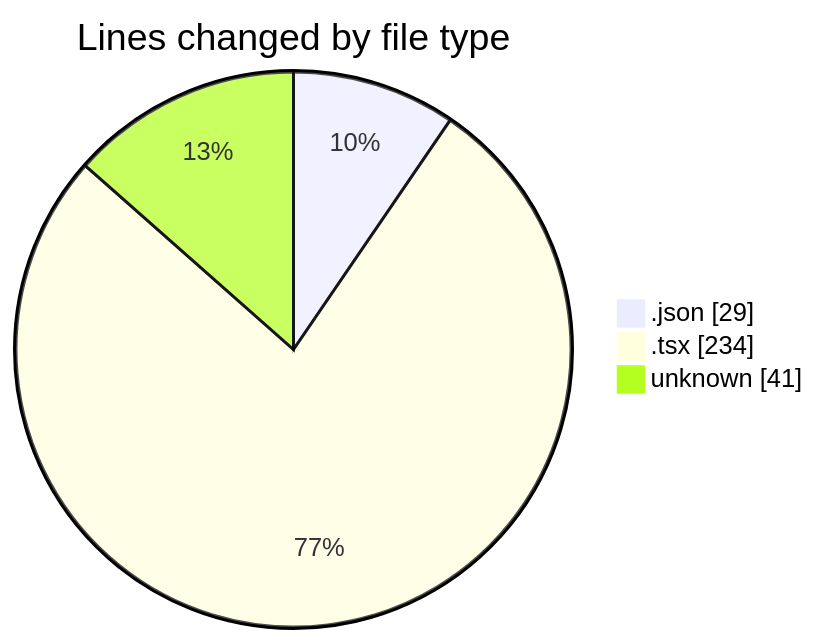
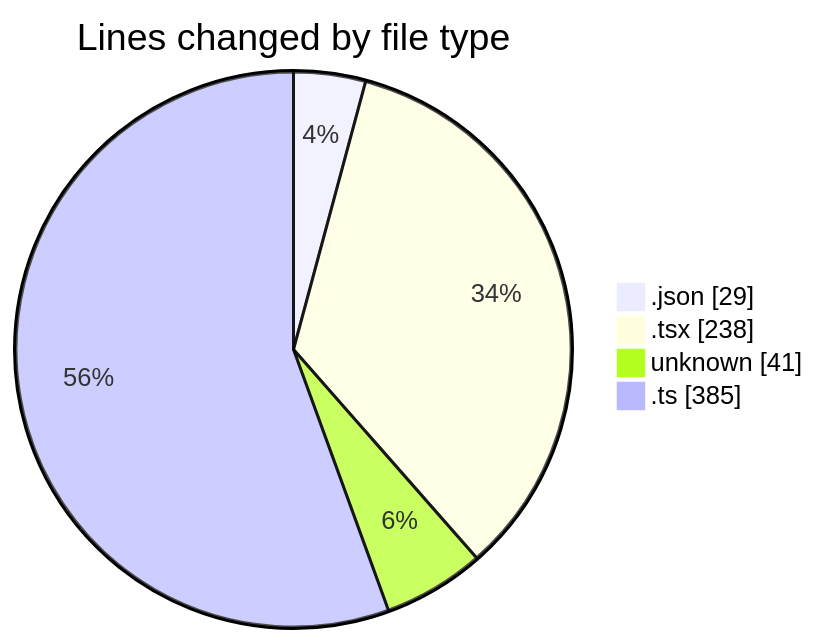
One commit to momahboobian/code-tracking changed the first of 2 diagrams in 2025-06-09/cda/README.md. Above: the diagram before and after it, drawn with Mermaid. The commit also changed other lines of this file and 1 other file, not shown here.

````diff
--- a/2025-06-09/cda/README.md
+++ b/2025-06-09/cda/README.md
@@ -22,7 +23,8 @@
 ```mermaid
 pie showData
 title Lines changed by file type
 ".json" : 29
-".tsx" : 234
+".tsx" : 238
 "unknown" : 41
+".ts" : 385
 ```
````
